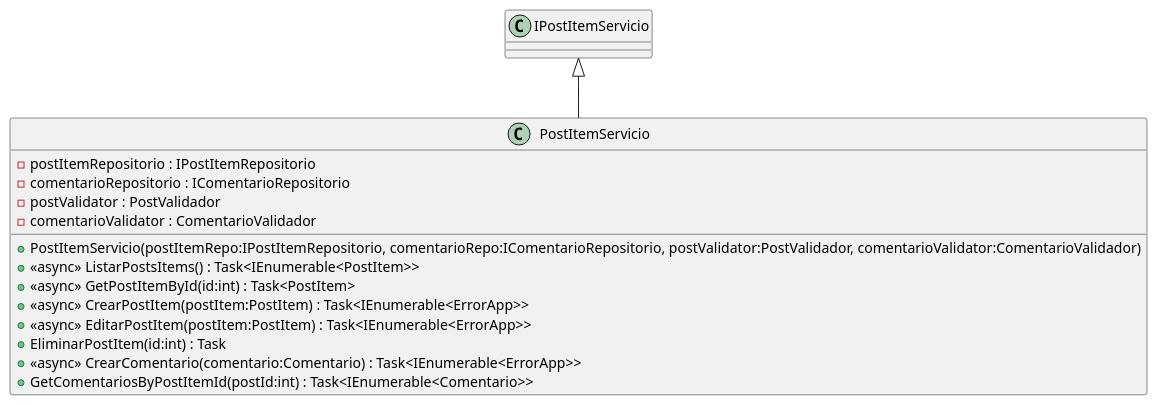
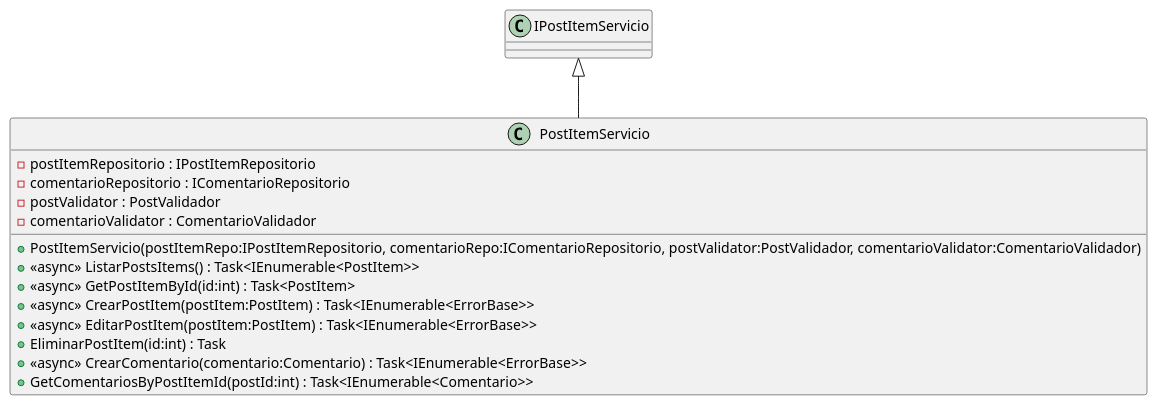
The diagram in BackEnd/App.Core/Servicios/PostItemServicio.puml (wkrea/BlogPost-appdemo), drawn with PlantUML before and after one commit. The commit also changed 23 other files, not shown here.

```diff
--- a/BackEnd/App.Core/Servicios/PostItemServicio.puml
+++ b/BackEnd/App.Core/Servicios/PostItemServicio.puml
@@ -1,17 +1,17 @@
 @startuml
 class PostItemServicio {
     - postItemRepositorio : IPostItemRepositorio
     - comentarioRepositorio : IComentarioRepositorio
     - postValidator : PostValidador
     - comentarioValidator : ComentarioValidador
     + PostItemServicio(postItemRepo:IPostItemRepositorio, comentarioRepo:IComentarioRepositorio, postValidator:PostValidador, comentarioValidator:ComentarioValidador)
     + <<async>> ListarPostsItems() : Task<IEnumerable<PostItem>>
     + <<async>> GetPostItemById(id:int) : Task<PostItem>
-    + <<async>> CrearPostItem(postItem:PostItem) : Task<IEnumerable<ErrorApp>>
-    + <<async>> EditarPostItem(postItem:PostItem) : Task<IEnumerable<ErrorApp>>
+    + <<async>> CrearPostItem(postItem:PostItem) : Task<IEnumerable<ErrorBase>>
+    + <<async>> EditarPostItem(postItem:PostItem) : Task<IEnumerable<ErrorBase>>
     + EliminarPostItem(id:int) : Task
-    + <<async>> CrearComentario(comentario:Comentario) : Task<IEnumerable<ErrorApp>>
+    + <<async>> CrearComentario(comentario:Comentario) : Task<IEnumerable<ErrorBase>>
     + GetComentariosByPostItemId(postId:int) : Task<IEnumerable<Comentario>>
 }
 IPostItemServicio <|-- PostItemServicio
 @enduml
```
